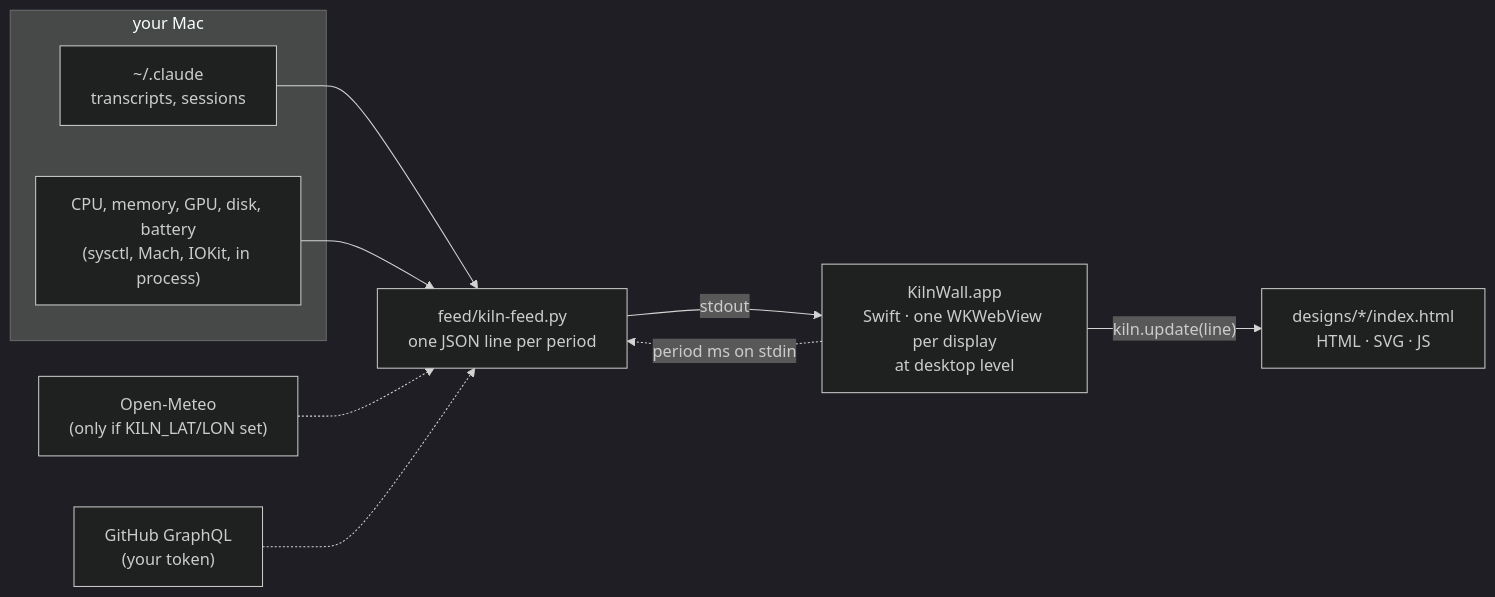
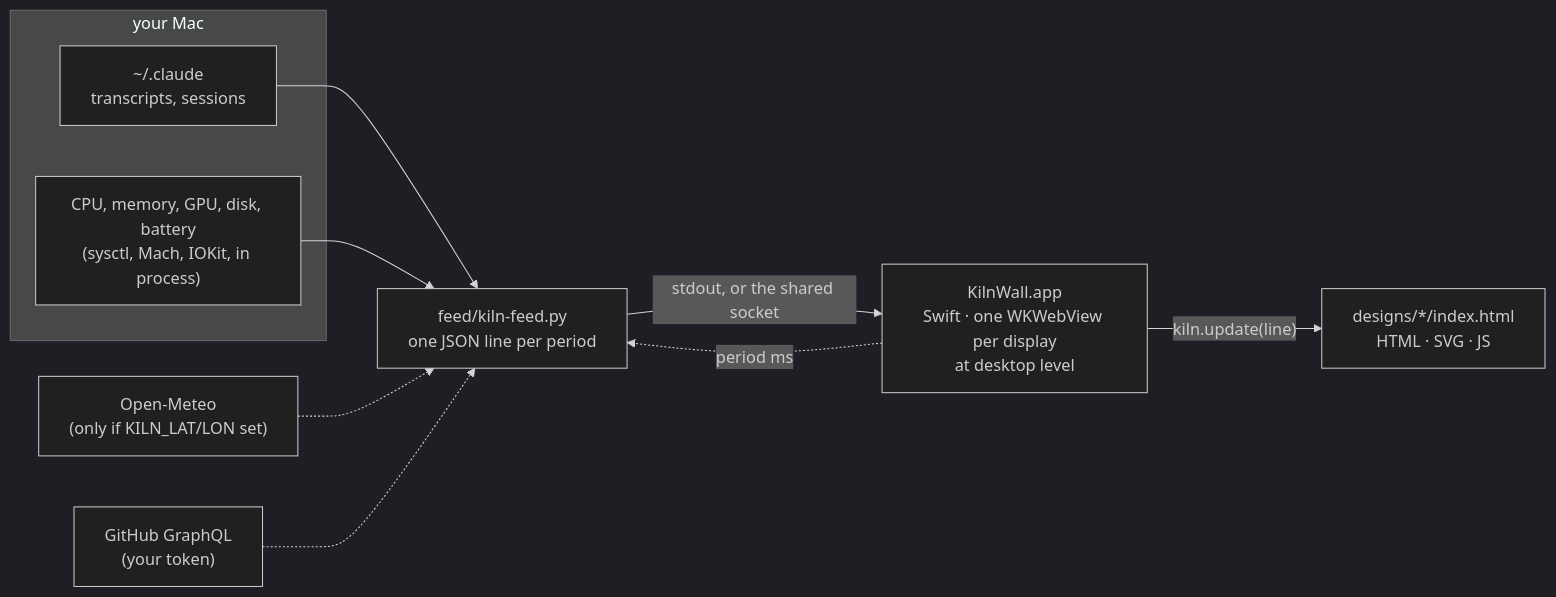
One commit to yadava5/kiln-wall changed the diagram in README.md. Above: the diagram before and after it, drawn with Mermaid (dark theme). The commit also changed other lines of this file and 8 other files, not shown here.

First line of the commit message:
feat(feed): one shared feed for every app, pushed on each session change (#4)

````diff
--- a/README.md
+++ b/README.md
@@ -45,19 +45,19 @@
 ```mermaid
 flowchart LR
   subgraph mac["your Mac"]
     CC["~/.claude<br/>transcripts, sessions"]
     SYS["CPU, memory, GPU, disk, battery<br/>(sysctl, Mach, IOKit, in process)"]
   end
   OM["Open-Meteo<br/>(only if KILN_LAT/LON set)"]
   GH["GitHub GraphQL<br/>(your token)"]
   FEED["feed/kiln-feed.py<br/>one JSON line per period"]
   APP["KilnWall.app<br/>Swift · one WKWebView per display<br/>at desktop level"]
   PAGE["designs/*/index.html<br/>HTML · SVG · JS"]
   CC --> FEED
   SYS --> FEED
   OM -.-> FEED
   GH -.-> FEED
-  FEED -- stdout --> APP
+  FEED -- "stdout, or the shared socket" --> APP
   APP -- "kiln.update(line)" --> PAGE
-  APP -. "period ms on stdin" .-> FEED
+  APP -. "period ms" .-> FEED
 ```
````
